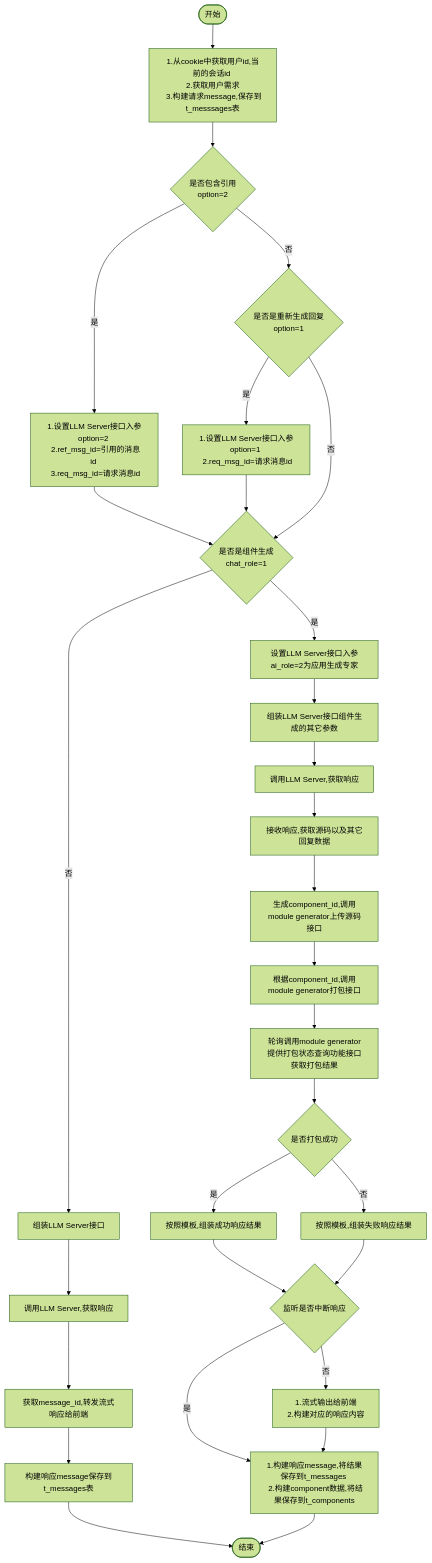
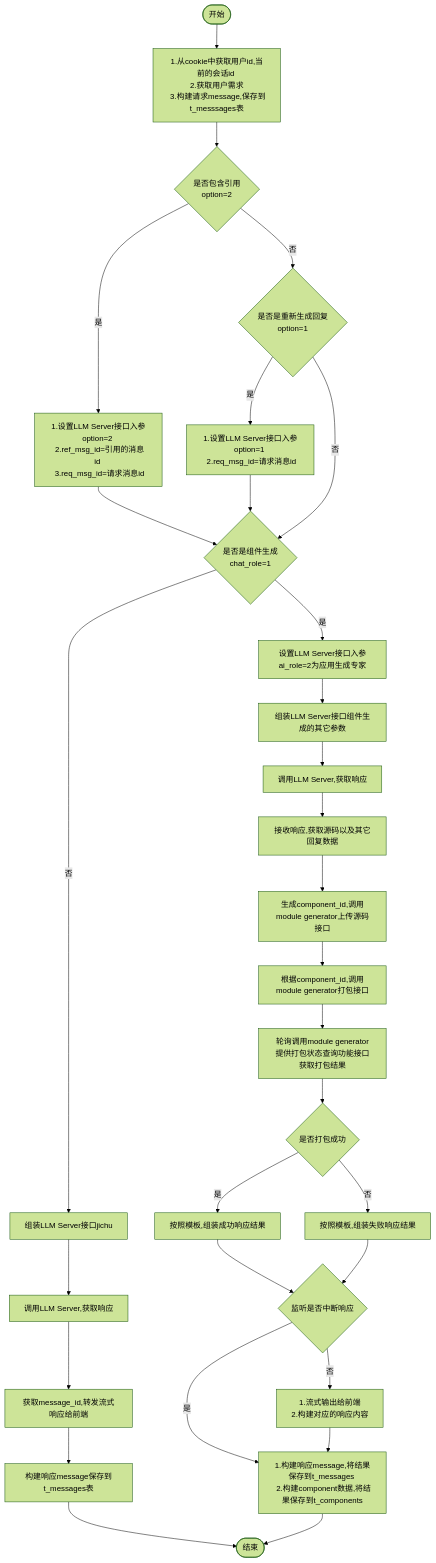
The diagram in all/未命名-8.md (yingjianzh/iodraw-files), drawn with Mermaid (forest theme) before and after one commit.

Commit message:
2024-10-16 09:16:56 update

````diff
--- a/all/未命名-8.md
+++ b/all/未命名-8.md
@@ -1,36 +1,36 @@
 ```mermaid
 flowchart TD
     A([开始]) --> B[1.从cookie中获取用户id,当前的会话id \n 2.获取用户需求 \n 3.构建请求message,保存到t_messsages表]
     B--> D{是否包含引用 \n option=2}
     D -- 是 --> E[1.设置LLM Server接口入参option=2 \n 2.ref_msg_id=引用的消息id \n 3.req_msg_id=请求消息id]
     D -- 否 --> F{是否是重新生成回复\n option=1}
     F -- 是 --> G[1.设置LLM Server接口入参option=1 \n 2.req_msg_id=请求消息id]
     F -- 否 --> I
      
     E & G --> I{是否是组件生成 \n chat_role=1}
-    I -- 否 --> M[组装LLM Server接口] 
+    I -- 否 --> M[组装LLM Server接口jichu ] 
     I -- 是 --> J[设置LLM Server接口入参ai_role=2为应用生成专家]
     
 
     J --> L[组装LLM Server接口组件生成的其它参数]    
     M --> N[调用LLM Server,获取响应]    
     N --> O[获取message_id,转发流式响应给前端]
     O --> P[构建响应message保存到t_messages表]
     P --> R([结束])
 
 
     L --> S[调用LLM Server,获取响应]
     S --> T[接收响应,获取源码以及其它回复数据]
     T --> U[生成component_id,调用module generator上传源码接口]
     U --> V[根据component_id,调用module generator打包接口]
     V --> W[轮询调用module generator提供打包状态查询功能接口获取打包结果]
     W --> X{是否打包成功}
     X -- 是 --> Y[按照模板,组装成功响应结果]
     X -- 否 --> Z[按照模板,组装失败响应结果]
     Y & Z --> Done{监听是否中断响应}
     Done -- 是 --> Result
     Done -- 否 --> OutPut[1.流式输出给前端 \n 2.构建对应的响应内容]
 
     OutPut --> Result[1.构建响应message,将结果保存到t_messages \n 2.构建component数据,将结果保存到t_components]
     Result --> R
 ```
````
